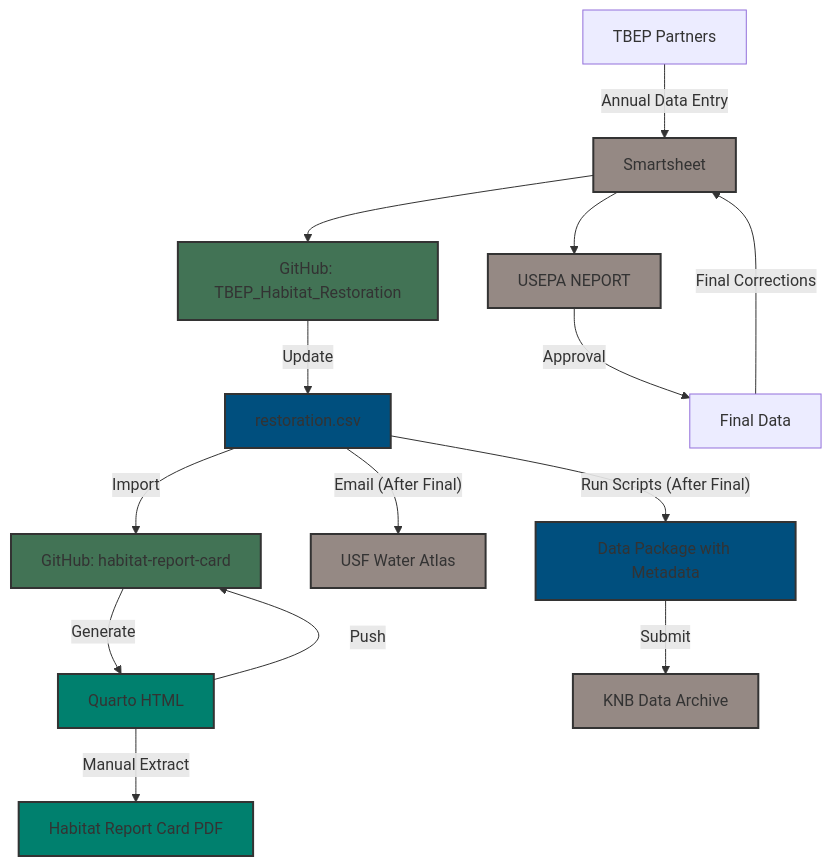
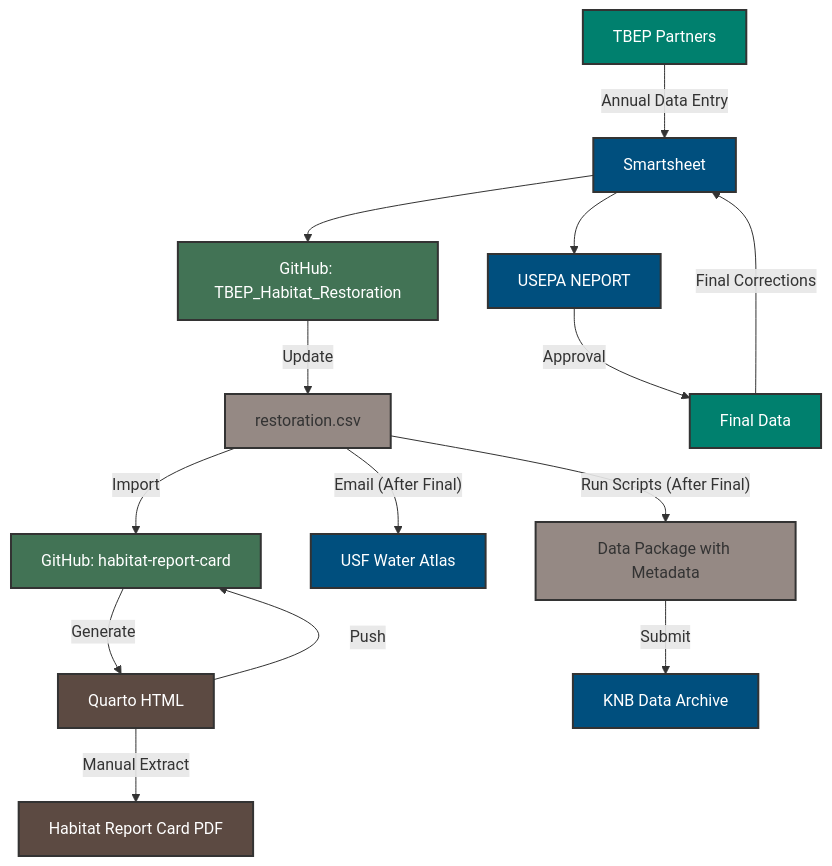
One commit to tbep-tech/TBEP_Habitat_Restoration changed the diagram in README.md. Above: the diagram before and after it, drawn with Mermaid.

Commit message:
update mermaid colors again

````diff
--- a/README.md
+++ b/README.md
@@ -11,26 +11,27 @@
 ```mermaid
 flowchart TD
     A[TBEP Partners] -->|Annual Data Entry| B[Smartsheet]
     B --> C[USEPA NEPORT]
     B --> D[GitHub: TBEP_Habitat_Restoration]
     D -->|Update| E[restoration.csv]
     E -->|Import| F[GitHub: habitat-report-card]
     F -->|Generate| G[Quarto HTML]
     G -->|Push| F
     G -->|Manual Extract| H[Habitat Report Card PDF]
     C -->|Approval| I[Final Data]
     E -->|"Email (After Final)"| J[USF Water Atlas]
     E -->|"Run Scripts (After Final)"| K[Data Package with Metadata]
     K -->|Submit| L[KNB Data Archive]
     I -->|Final Corrections| B
     
-    classDef repo fill:#427355,stroke:#333,stroke-width:2px
-    classDef system fill:#958984,stroke:#333,stroke-width:2px
-    classDef file fill:#004F7E,stroke:#333,stroke-width:2px
-    classDef output fill:#00806E,stroke:#333,stroke-width:2px
+    classDef repo fill:#427355,stroke:#333,stroke-width:2px,color:#ffffff
+    classDef system fill:#004F7E,stroke:#333,stroke-width:2px,color:#ffffff
+    classDef file fill:#958984,stroke:#333,stroke-width:2px,color:#333333
+    classDef output fill:#5C4A42,stroke:#333,stroke-width:2px,color:#ffffff
+    classDef default fill:#00806E,stroke:#333,stroke-width:2px,color:#ffffff
     
     class D,F repo
     class B,C,J,L system
     class E,K file
     class G,H output
 ```    
````
